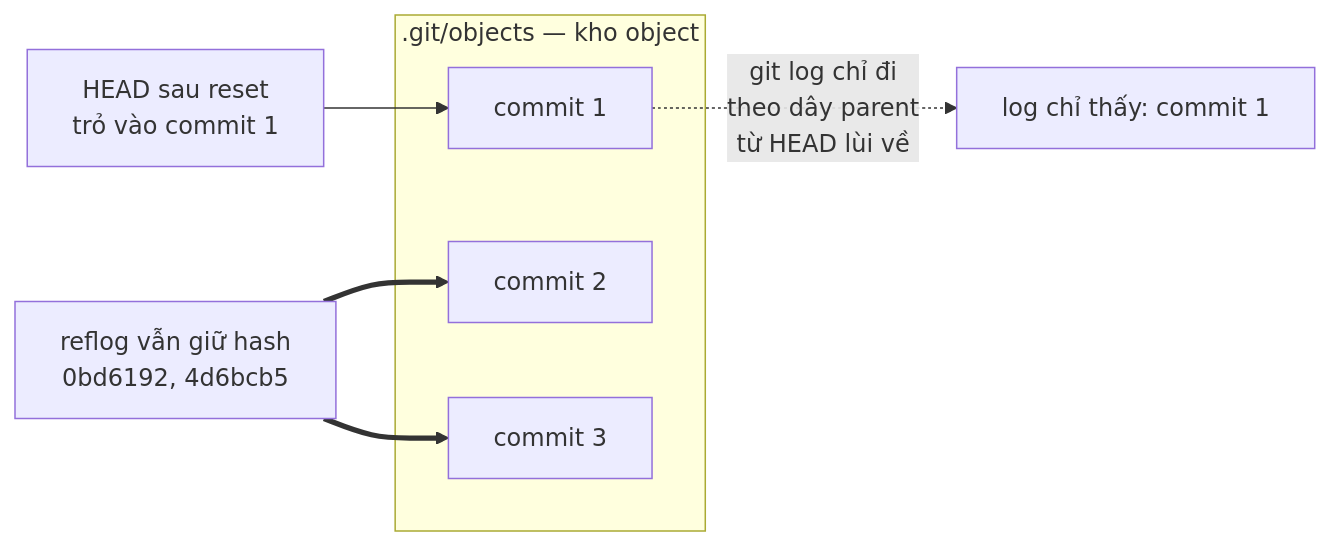
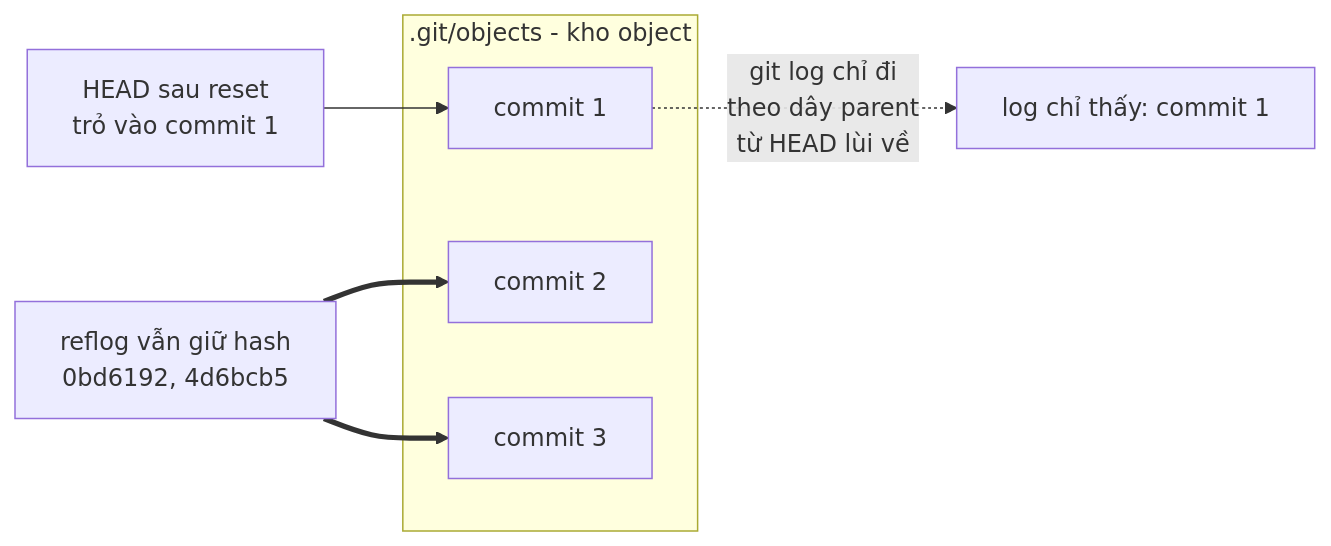
Before and after one commit to hieplam/memo: diagram 12 of 12 in src/content/posts/git-internals-commit-object-va-4-kieu-merge.md, drawn with Mermaid. The commit also changed other lines of this file and 131 other files, not shown here.

````diff
--- a/src/content/posts/git-internals-commit-object-va-4-kieu-merge.md
+++ b/src/content/posts/git-internals-commit-object-va-4-kieu-merge.md
@@ -655,12 +655,12 @@
 ```mermaid
 flowchart LR
-  subgraph OBJ[".git/objects — kho object"]
+  subgraph OBJ[".git/objects - kho object"]
     O1["commit 1"]
     O2["commit 2"]
     O3["commit 3"]
   end
   HEAD["HEAD sau reset<br/>trỏ vào commit 1"] --> O1
   O1 -.->|"git log chỉ đi<br/>theo dây parent<br/>từ HEAD lùi về"| VIEW["log chỉ thấy: commit 1"]
   REFLOG["reflog vẫn giữ hash<br/>0bd6192, 4d6bcb5"] ==> O3
   REFLOG ==> O2
 ```
````
